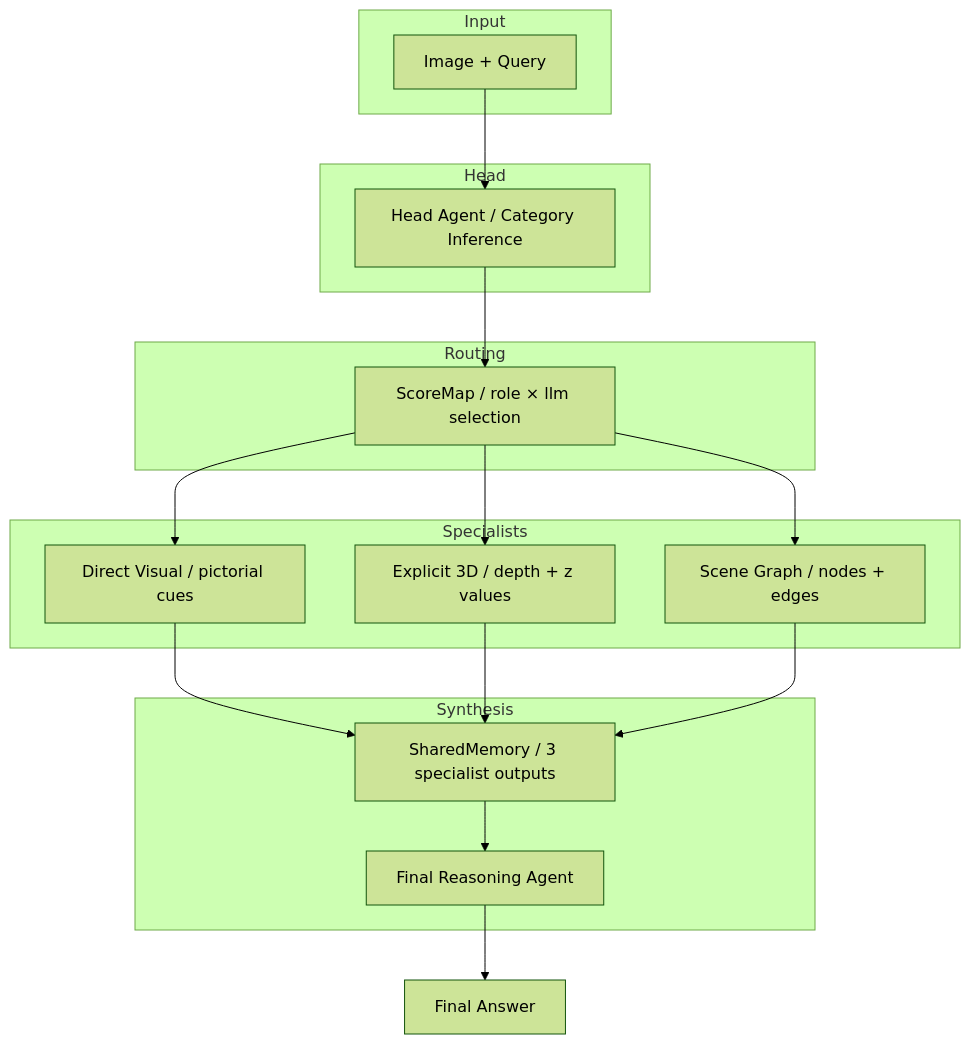
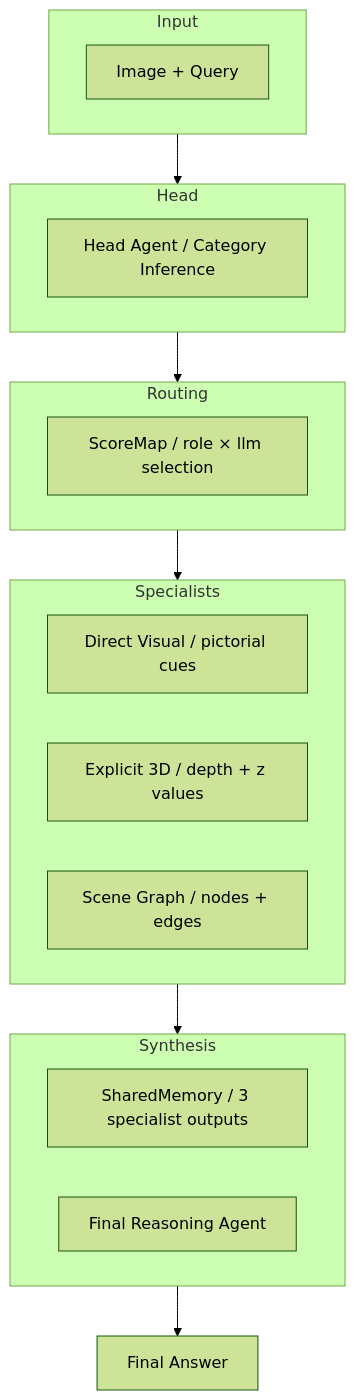
One commit to CY-H1329/CSWM-Bench changed the first of 3 diagrams in docs/GITHUB_ISSUE_APPENDIX_BODY.md. Above: the diagram before and after it, drawn with Mermaid (forest theme).

Commit message:
Mermaid: arrows to outer subgraph boxes, not inner nodes
Input --> Head --> Routing --> Specialists --> Synthesis --> G
Arrows now connect stage containers (yellow boxes) instead of inner nodes

Made-with: Cursor

````diff
--- a/docs/GITHUB_ISSUE_APPENDIX_BODY.md
+++ b/docs/GITHUB_ISSUE_APPENDIX_BODY.md
@@ -13,38 +13,33 @@
 ```mermaid
 flowchart TB
-    subgraph Input
+    subgraph Input["Input"]
         A[Image + Query]
     end
     
-    subgraph Head
+    subgraph Head["Head"]
         B["Head Agent / Category Inference"]
     end
     
-    subgraph Routing
+    subgraph Routing["Routing"]
         C["ScoreMap / role × llm selection"]
     end
     
-    subgraph Specialists
+    subgraph Specialists["Specialists"]
         D1["Direct Visual / pictorial cues"]
         D2["Explicit 3D / depth + z values"]
         D3["Scene Graph / nodes + edges"]
     end
     
-    subgraph Synthesis
+    subgraph Synthesis["Synthesis"]
         E["SharedMemory / 3 specialist outputs"]
         F[Final Reasoning Agent]
     end
     
     G[Final Answer]
     
-    A --> B
-    B --> C
-    C --> D1
-    C --> D2
-    C --> D3
-    D1 --> E
-    D2 --> E
-    D3 --> E
-    E --> F
-    F --> G
+    Input --> Head
+    Head --> Routing
+    Routing --> Specialists
+    Specialists --> Synthesis
+    Synthesis --> G
 ```
````
